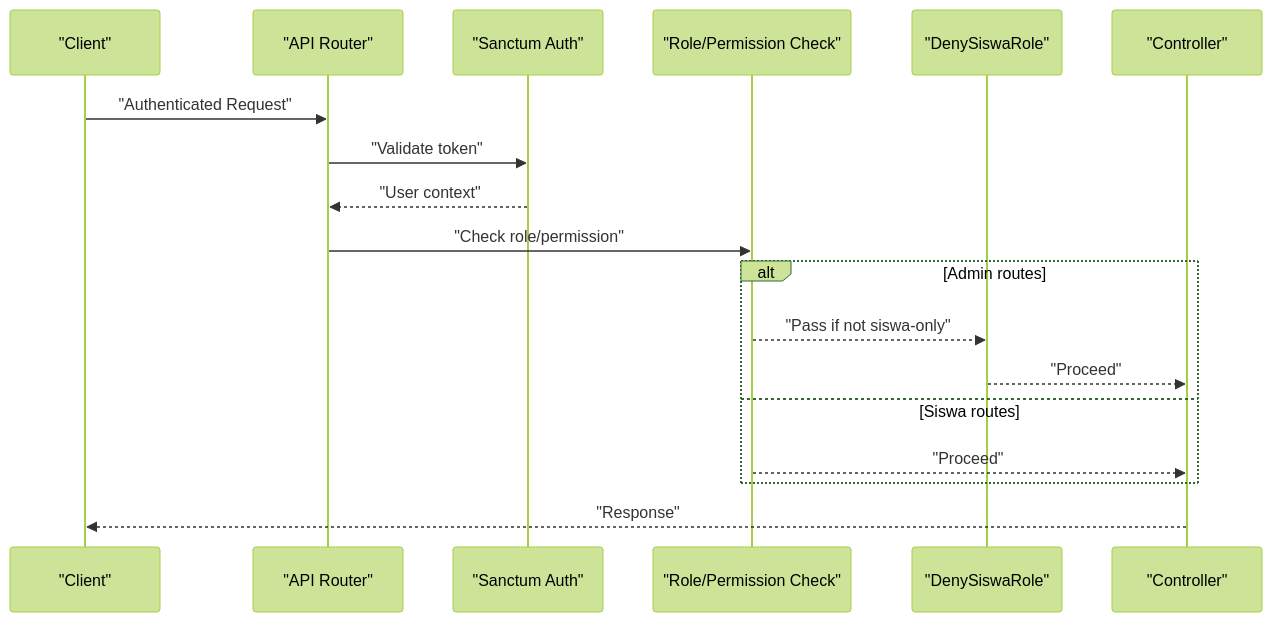
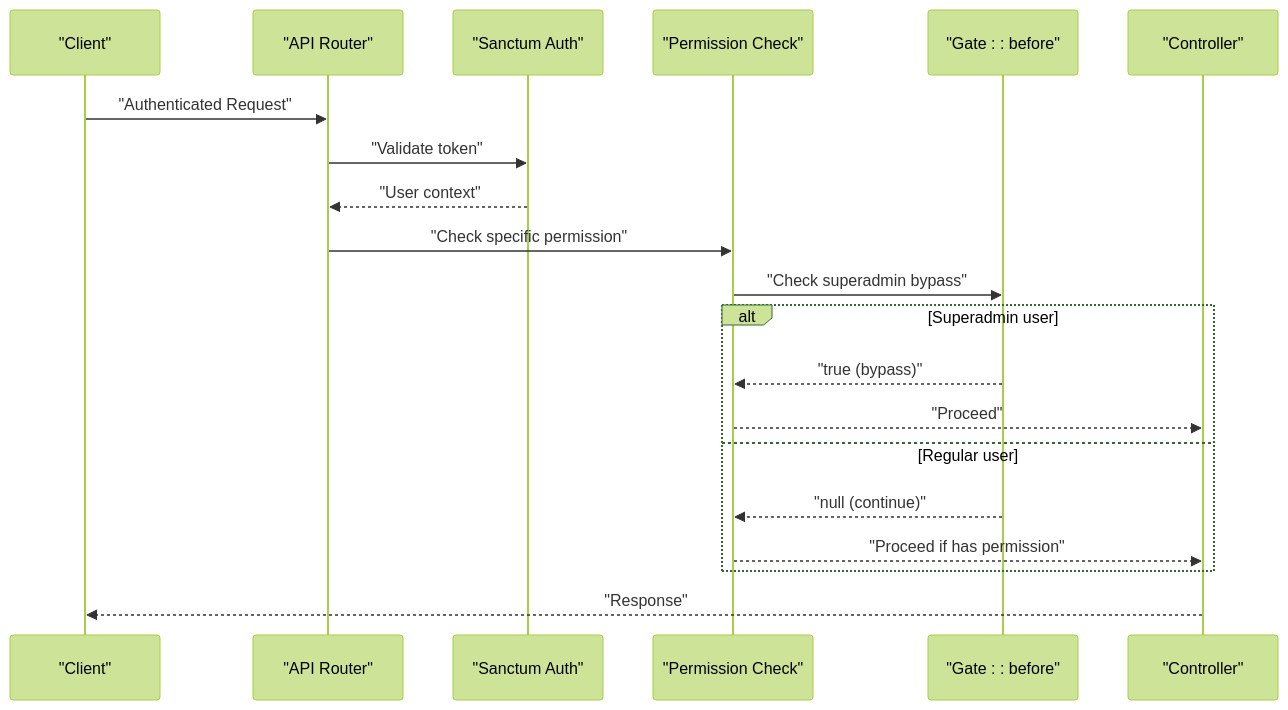
One commit to Fathurrahman-R/Manajemen-Keuangan-dan-SPP-Handayani changed the second of 5 diagrams in .qoder/repowiki/en/content/Authentication & Authorization/Permission System & Access Control.md. Above: the diagram before and after it, drawn with Mermaid (forest theme). The commit also changed other lines of this file and 32 other files, not shown here.

````diff
--- a/.qoder/repowiki/en/content/Authentication & Authorization/Permission System & Access Control.md
+++ b/.qoder/repowiki/en/content/Authentication & Authorization/Permission System & Access Control.md
@@ -130,20 +139,22 @@
 ```mermaid
 sequenceDiagram
 participant Client as "Client"
 participant Router as "API Router"
 participant Auth as "Sanctum Auth"
-participant RolePerm as "Role/Permission Check"
-participant Deny as "DenySiswaRole"
+participant Perm as "Permission Check"
+participant Gate as "Gate : : before"
 participant Ctrl as "Controller"
 Client->>Router : "Authenticated Request"
 Router->>Auth : "Validate token"
 Auth-->>Router : "User context"
-Router->>RolePerm : "Check role/permission"
-alt Admin routes
-RolePerm-->>Deny : "Pass if not siswa-only"
-Deny-->>Ctrl : "Proceed"
-else Siswa routes
-RolePerm-->>Ctrl : "Proceed"
+Router->>Perm : "Check specific permission"
+Perm->>Gate : "Check superadmin bypass"
+alt Superadmin user
+Gate-->>Perm : "true (bypass)"
+Perm-->>Ctrl : "Proceed"
+else Regular user
+Gate-->>Perm : "null (continue)"
+Perm-->>Ctrl : "Proceed if has permission"
 end
 Ctrl-->>Client : "Response"
 ```
````
